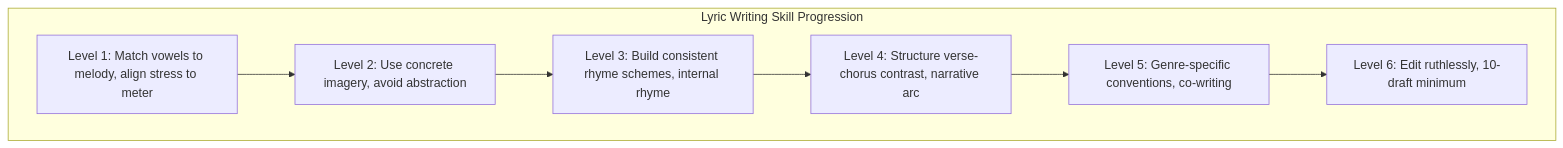
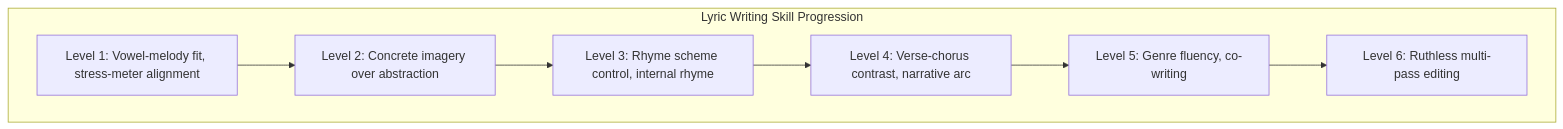
The third of 3 diagrams in topics/arts/composition/songwriting/lesson_02_lyric_writing.md (blebleblee/synapse), drawn with Mermaid before and after one commit. The commit also changed other lines of this file and 4 other files, not shown here.

````diff
--- a/topics/arts/composition/songwriting/lesson_02_lyric_writing.md
+++ b/topics/arts/composition/songwriting/lesson_02_lyric_writing.md
@@ -581,17 +441,16 @@
 ```mermaid
 graph TD
     subgraph sub_ladder ["Lyric Writing Skill Progression"]
-        L1[Level 1: Match vowels to melody, align stress to meter]
-        L2[Level 2: Use concrete imagery, avoid abstraction]
-        L3[Level 3: Build consistent rhyme schemes, internal rhyme]
-        L4[Level 4: Structure verse-chorus contrast, narrative arc]
-        L5[Level 5: Genre-specific conventions, co-writing]
-        L6[Level 6: Edit ruthlessly, 10-draft minimum]
-        
+        L1["Level 1: Vowel-melody fit, stress-meter alignment"]
+        L2["Level 2: Concrete imagery over abstraction"]
+        L3["Level 3: Rhyme scheme control, internal rhyme"]
+        L4["Level 4: Verse-chorus contrast, narrative arc"]
+        L5["Level 5: Genre fluency, co-writing"]
+        L6["Level 6: Ruthless multi-pass editing"]
         L1 --> L2
         L2 --> L3
         L3 --> L4
         L4 --> L5
         L5 --> L6
     end
 ```
````
